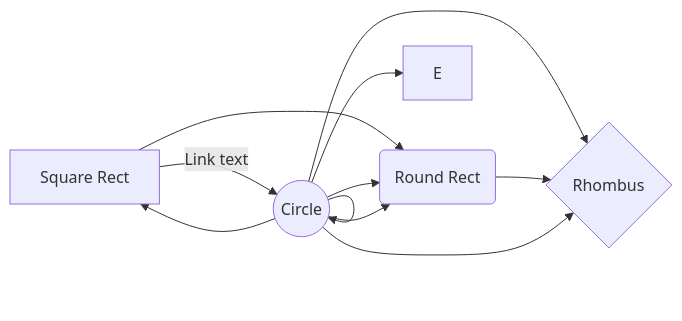
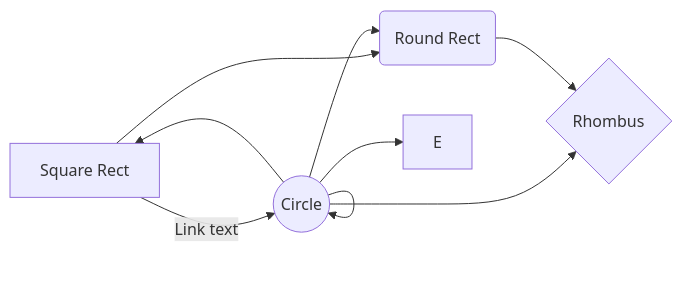
One commit to ZuckerburgWho/Test2 changed the diagram in GIT CHEAT SHEET.md. Above: the diagram before and after it, drawn with Mermaid.

Commit message:
Update GIT CHEAT SHEET.md

````diff
--- a/GIT CHEAT SHEET.md
+++ b/GIT CHEAT SHEET.md
@@ -50,14 +50,11 @@
 ```mermaid
 graph LR
 A[Square Rect] -- Link text --> B((Circle))
 A --> C(Round Rect)
 B --> D{Rhombus}
 C --> D
 B --> C
 B --> A
-B --> B
-B --> C
-B --> D
 B --> E
 B --> B
 ```
````
